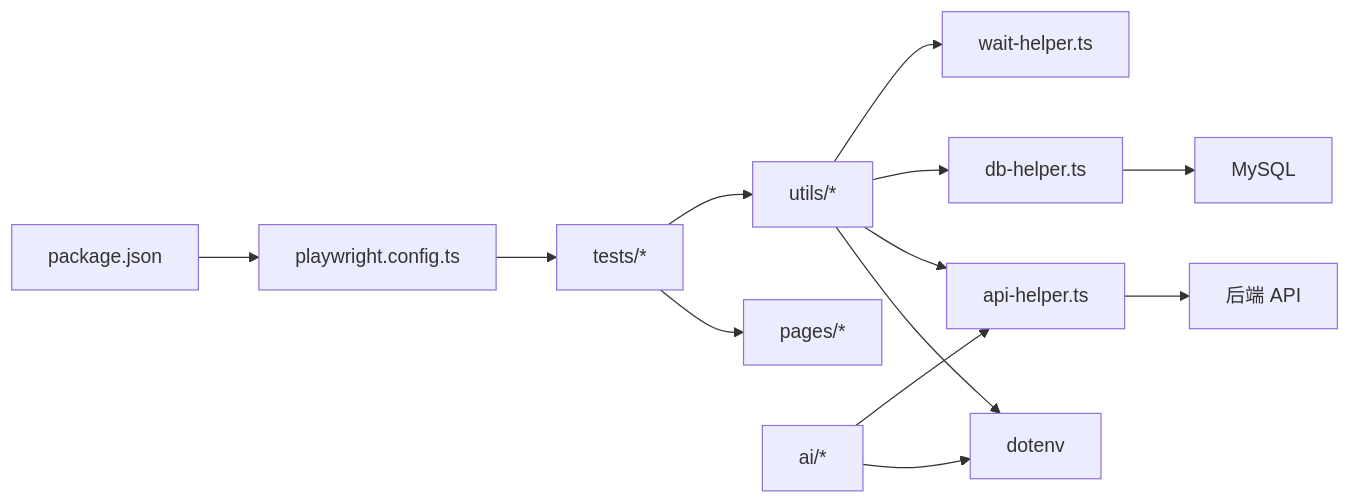
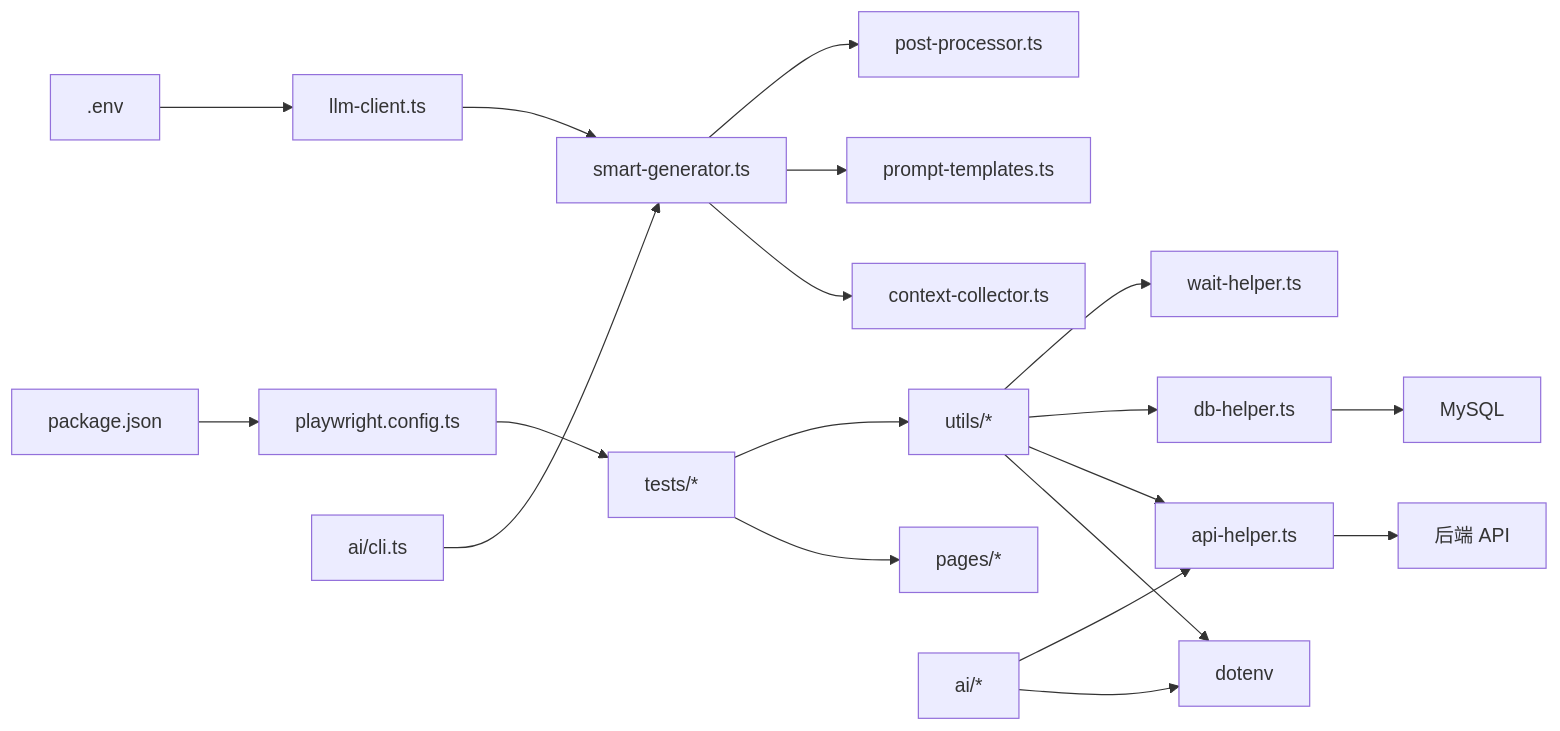
Before and after one commit to zzgoviziwind/--playwright: diagram 16 of 16 in .qoder/repowiki/zh/content/开发者指南/扩展开发.md, drawn with Mermaid. The commit also changed other lines of this file and 112 other files, not shown here.

````diff
--- a/.qoder/repowiki/zh/content/开发者指南/扩展开发.md
+++ b/.qoder/repowiki/zh/content/开发者指南/扩展开发.md
@@ -378,15 +606,21 @@
 ```mermaid
 graph LR
 Pkg["package.json"] --> Cfg["playwright.config.ts"]
 Cfg --> Tests["tests/*"]
 Tests --> Pages["pages/*"]
 Tests --> Utils["utils/*"]
+ENV[".env"] --> LLM["llm-client.ts"]
+LLM --> Smart["smart-generator.ts"]
+Smart --> CC["context-collector.ts"]
+Smart --> PT["prompt-templates.ts"]
+Smart --> PP["post-processor.ts"]
+CLI["ai/cli.ts"] --> Smart
 Utils --> Dot["dotenv"]
 Utils --> API["api-helper.ts"]
 Utils --> DB["db-helper.ts"]
 Utils --> Wait["wait-helper.ts"]
 AI["ai/*"] --> Dot
 AI --> API
 API --> Backend["后端 API"]
 DB --> MySQL["MySQL"]
 ```
````
